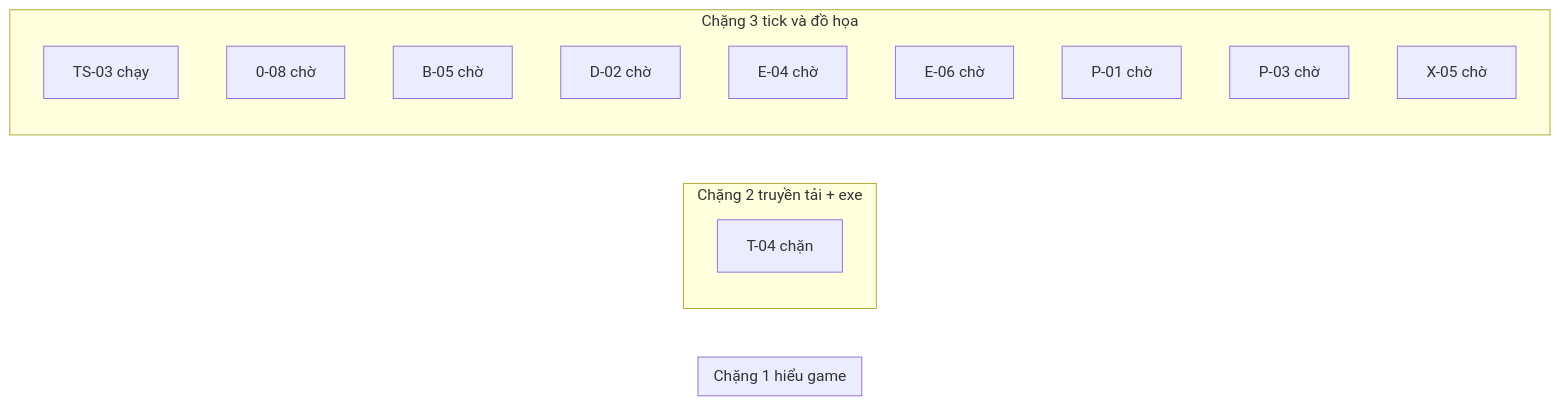
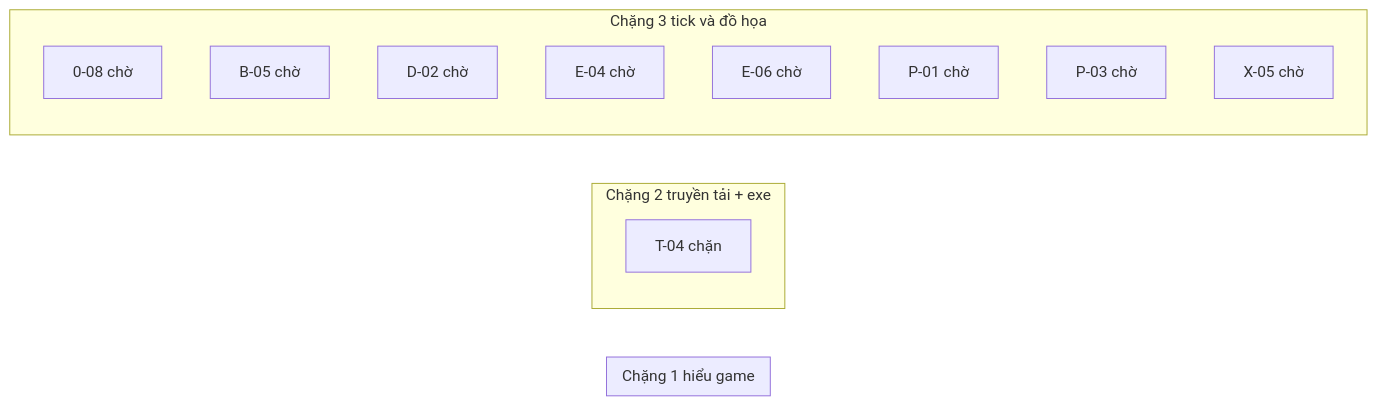
One commit to ndtangoss-dev/jx1-reports changed the diagram in JX1_OPS/STATE/TIEN-DO.md. Above: the diagram before and after it, drawn with Mermaid. The commit also changed other lines of this file and 16 other files, not shown here.

````diff
--- a/JX1_OPS/STATE/TIEN-DO.md
+++ b/JX1_OPS/STATE/TIEN-DO.md
@@ -9,19 +9,18 @@
 ```mermaid
 flowchart LR
   subgraph S1["Chặng 1 hiểu game"]
   end
   subgraph S2["Chặng 2 truyền tải + exe"]
     T_04["T-04 chặn"]
   end
   subgraph S3["Chặng 3 tick và đồ họa"]
-    TS_03["TS-03 chạy"]
     0_08["0-08 chờ"]
     B_05["B-05 chờ"]
     D_02["D-02 chờ"]
     E_04["E-04 chờ"]
     E_06["E-06 chờ"]
     P_01["P-01 chờ"]
     P_03["P-03 chờ"]
     X_05["X-05 chờ"]
   end
 ```
````
